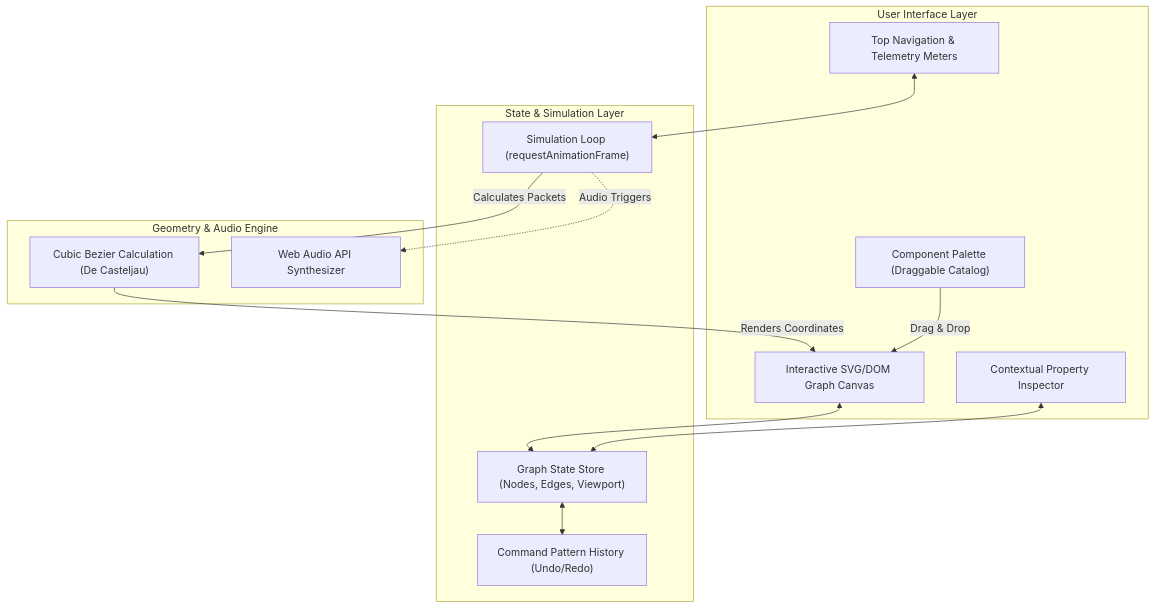
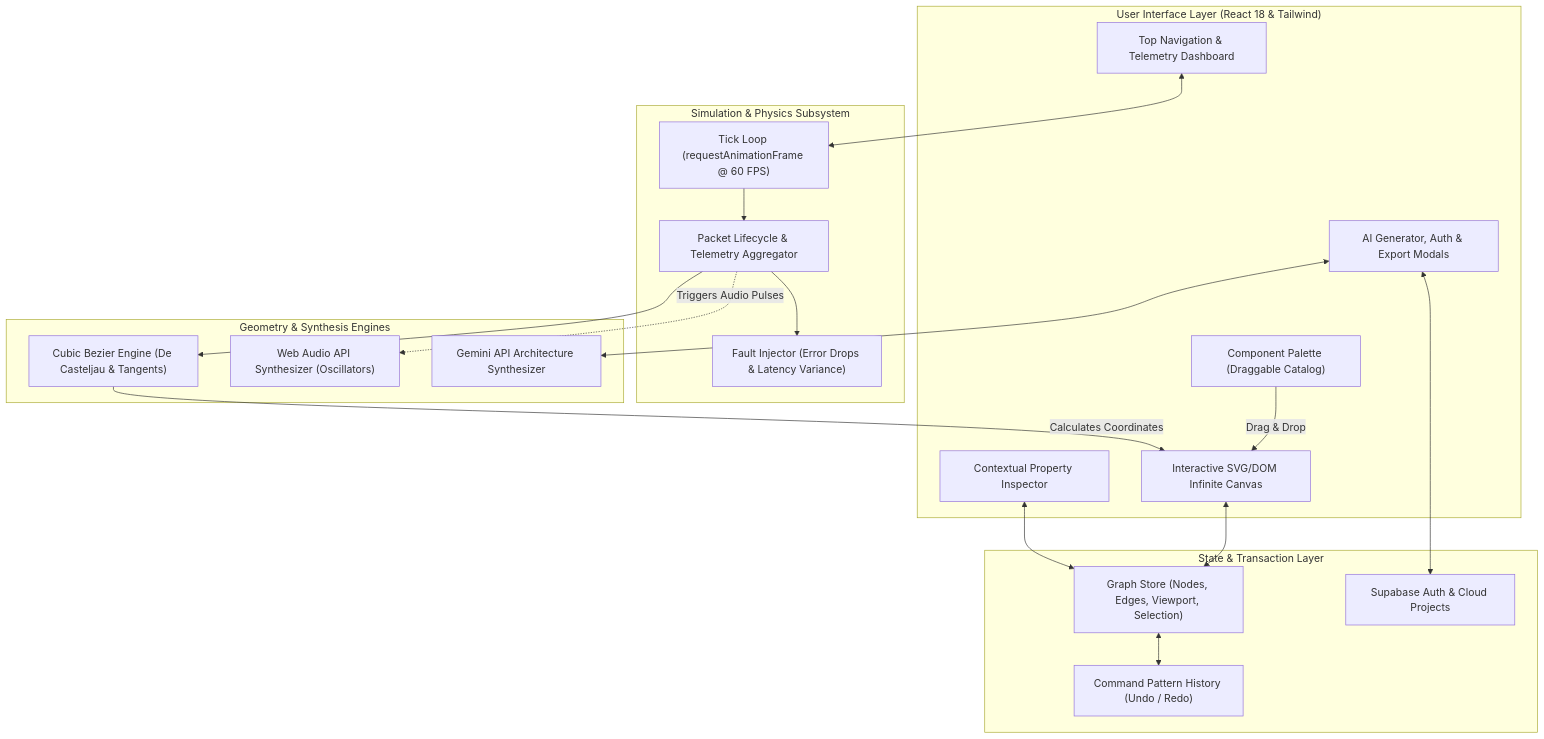
The diagram in README.md (Hanubaki/GraphFlow), drawn with Mermaid before and after one commit. The commit also changed other lines of this file and 2 other files, not shown here.

````diff
--- a/README.md
+++ b/README.md
@@ -39,29 +67,41 @@
 ```mermaid
 flowchart TD
-    subgraph UI ["User Interface Layer"]
-        TopBar["Top Navigation & Telemetry Meters"]
-        Sidebar["Component Palette (Draggable Catalog)"]
-        Canvas["Interactive SVG/DOM Graph Canvas"]
+    subgraph UI ["User Interface Layer (React 18 & Tailwind)"]
+        TopBar["Top Navigation & Telemetry Dashboard"]
+        Palette["Component Palette (Draggable Catalog)"]
+        Canvas["Interactive SVG/DOM Infinite Canvas"]
         Inspector["Contextual Property Inspector"]
+        Modals["AI Generator, Auth & Export Modals"]
     end
 
-    subgraph Core ["State & Simulation Layer"]
-        GraphStore["Graph State Store (Nodes, Edges, Viewport)"]
-        History["Command Pattern History (Undo/Redo)"]
-        SimLoop["Simulation Loop (requestAnimationFrame)"]
+    subgraph State ["State & Transaction Layer"]
+        GraphStore["Graph Store (Nodes, Edges, Viewport, Selection)"]
+        HistoryStack["Command Pattern History (Undo / Redo)"]
+        AuthContext["Supabase Auth & Cloud Projects"]
     end
 
-    subgraph Engine ["Geometry & Audio Engine"]
-        BezierEngine["Cubic Bezier Calculation (De Casteljau)"]
-        SoundSynth["Web Audio API Synthesizer"]
+    subgraph Simulation ["Simulation & Physics Subsystem"]
+        SimLoop["Tick Loop (requestAnimationFrame @ 60 FPS)"]
+        PacketManager["Packet Lifecycle & Telemetry Aggregator"]
+        ChaosEngine["Fault Injector (Error Drops & Latency Variance)"]
     end
 
-    Sidebar -->|Drag & Drop| Canvas
+    subgraph CoreEngine ["Geometry & Synthesis Engines"]
+        BezierCalc["Cubic Bezier Engine (De Casteljau & Tangents)"]
+        SoundSynth["Web Audio API Synthesizer (Oscillators)"]
+        AiService["Gemini API Architecture Synthesizer"]
+    end
+
+    Palette -->|Drag & Drop| Canvas
     Canvas <--> GraphStore
+    GraphStore <--> HistoryStack
+    Inspector <--> GraphStore
     TopBar <--> SimLoop
-    SimLoop -->|Calculates Packets| BezierEngine
-    BezierEngine -->|Renders Coordinates| Canvas
-    GraphStore <--> History
-    Inspector <--> GraphStore
-    SimLoop -.->|Audio Triggers| SoundSynth
+    SimLoop --> PacketManager
+    PacketManager --> ChaosEngine
+    PacketManager --> BezierCalc
+    BezierCalc -->|Calculates Coordinates| Canvas
+    PacketManager -.->|Triggers Audio Pulses| SoundSynth
+    Modals <--> AiService
+    Modals <--> AuthContext
 ```
````
